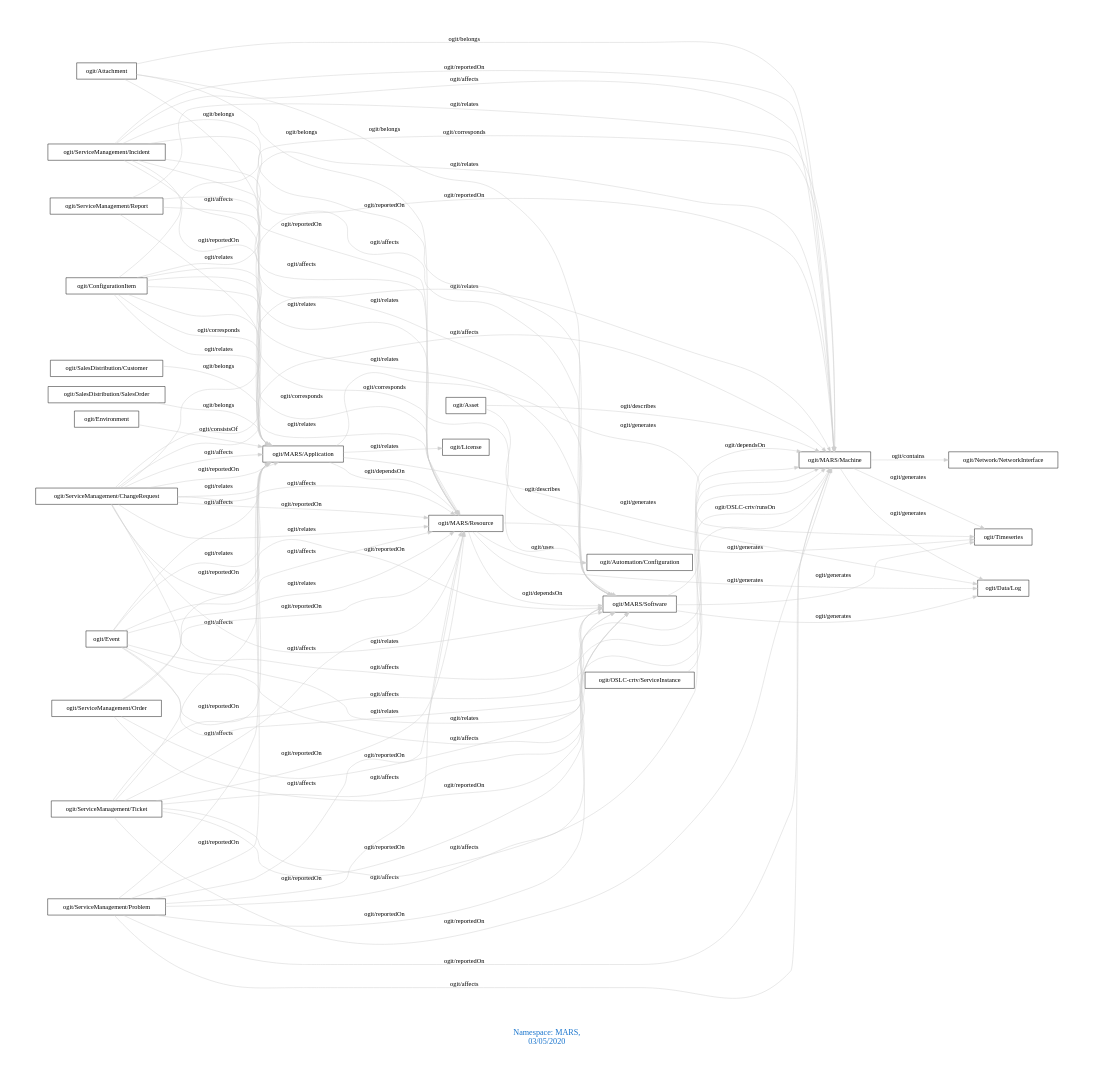
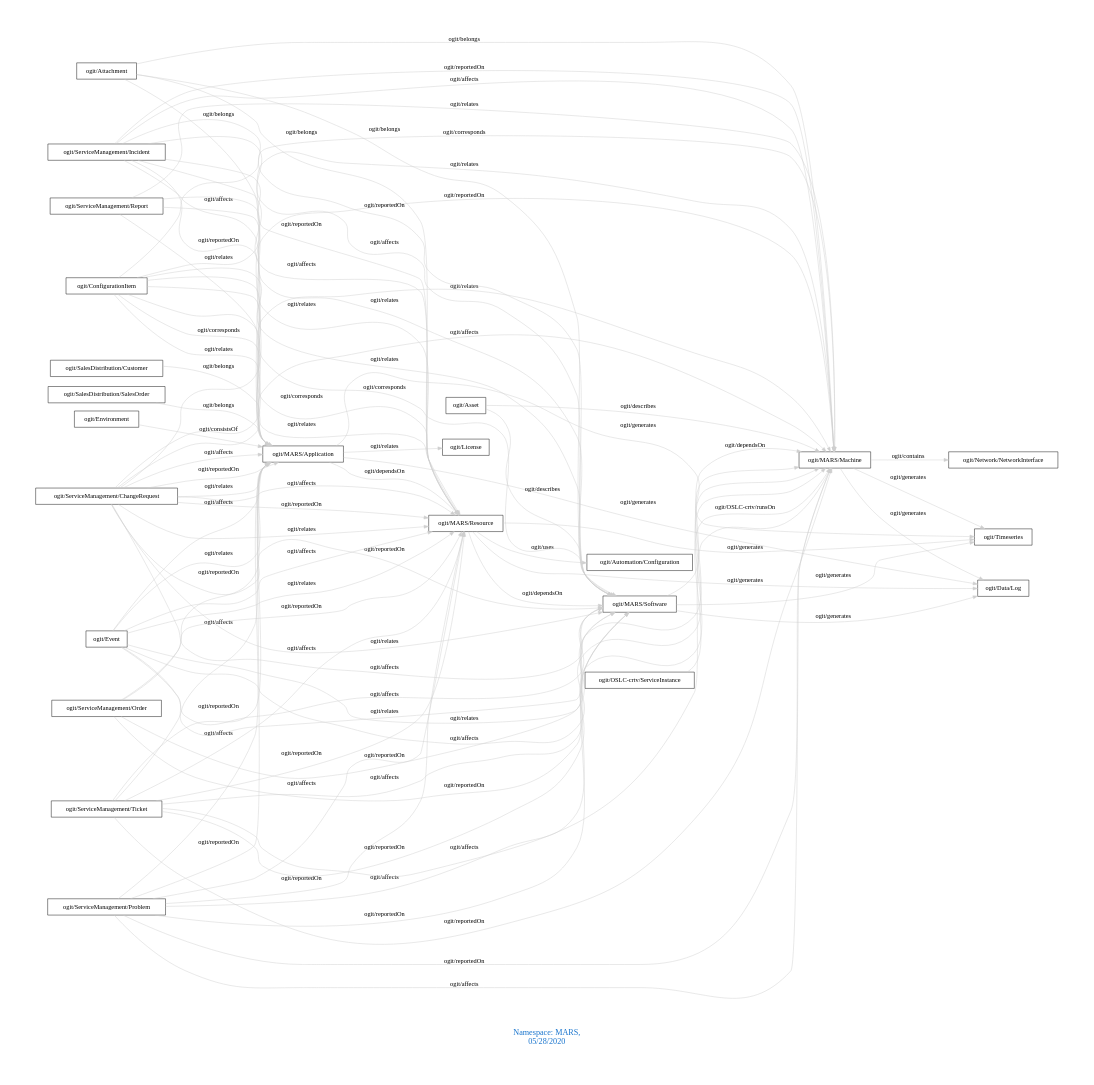
One commit to arago/OGIT changed the diagram in downloads/MARS.dot. Above: the diagram before and after it, drawn with Graphviz. The commit also changed 1715 other files, not shown here.

```diff
--- a/downloads/MARS.dot
+++ b/downloads/MARS.dot
@@ -1,92 +1,92 @@
 digraph OGIT_ontology {
  graph [ rankdir= LR,pad=1 
 fontsize = 18,
-fontcolor= dodgerblue3,label = "\n\n\nNamespace: MARS, \n 03/05/2020"];
+fontcolor= dodgerblue3,label = "\n\n\nNamespace: MARS, \n 05/28/2020"];
 node[shape=polygon];
 edge [  color="gray81"];
 
    "ogit/MARS/Machine" -> "ogit/Network/NetworkInterface" [label="   ogit/contains    "];
    "ogit/MARS/Application" -> "ogit/Data/Log" [label="   ogit/generates    "];
    "ogit/MARS/Application" -> "ogit/Timeseries" [label="   ogit/generates    "];
    "ogit/MARS/Machine" -> "ogit/Data/Log" [label="   ogit/generates    "];
    "ogit/MARS/Machine" -> "ogit/Timeseries" [label="   ogit/generates    "];
    "ogit/MARS/Resource" -> "ogit/Data/Log" [label="   ogit/generates    "];
    "ogit/MARS/Resource" -> "ogit/Timeseries" [label="   ogit/generates    "];
    "ogit/MARS/Software" -> "ogit/Data/Log" [label="   ogit/generates    "];
    "ogit/MARS/Software" -> "ogit/Timeseries" [label="   ogit/generates    "];
    "ogit/Asset" -> "ogit/MARS/Software" [label="   ogit/describes    "];
    "ogit/Asset" -> "ogit/MARS/Machine" [label="   ogit/describes    "];
    "ogit/ConfigurationItem" -> "ogit/MARS/Application" [label="   ogit/corresponds    "];
    "ogit/ConfigurationItem" -> "ogit/MARS/Resource" [label="   ogit/corresponds    "];
    "ogit/ConfigurationItem" -> "ogit/MARS/Software" [label="   ogit/corresponds    "];
    "ogit/ConfigurationItem" -> "ogit/MARS/Machine" [label="   ogit/corresponds    "];
    "ogit/ServiceManagement/ChangeRequest" -> "ogit/MARS/Application" [label="   ogit/affects    "];
    "ogit/ServiceManagement/ChangeRequest" -> "ogit/MARS/Resource" [label="   ogit/affects    "];
    "ogit/ServiceManagement/ChangeRequest" -> "ogit/MARS/Software" [label="   ogit/affects    "];
    "ogit/ServiceManagement/ChangeRequest" -> "ogit/MARS/Machine" [label="   ogit/affects    "];
    "ogit/ServiceManagement/Incident" -> "ogit/MARS/Application" [label="   ogit/affects    "];
    "ogit/ServiceManagement/Incident" -> "ogit/MARS/Resource" [label="   ogit/affects    "];
    "ogit/ServiceManagement/Incident" -> "ogit/MARS/Software" [label="   ogit/affects    "];
    "ogit/ServiceManagement/Incident" -> "ogit/MARS/Machine" [label="   ogit/affects    "];
    "ogit/ServiceManagement/Problem" -> "ogit/MARS/Application" [label="   ogit/affects    "];
    "ogit/ServiceManagement/Problem" -> "ogit/MARS/Resource" [label="   ogit/affects    "];
    "ogit/ServiceManagement/Problem" -> "ogit/MARS/Software" [label="   ogit/affects    "];
    "ogit/ServiceManagement/Problem" -> "ogit/MARS/Machine" [label="   ogit/affects    "];
    "ogit/ServiceManagement/Ticket" -> "ogit/MARS/Application" [label="   ogit/affects    "];
    "ogit/ServiceManagement/Ticket" -> "ogit/MARS/Resource" [label="   ogit/affects    "];
    "ogit/ServiceManagement/Ticket" -> "ogit/MARS/Software" [label="   ogit/affects    "];
    "ogit/ServiceManagement/Ticket" -> "ogit/MARS/Machine" [label="   ogit/affects    "];
    "ogit/Event" -> "ogit/MARS/Application" [label="   ogit/affects    "];
    "ogit/Event" -> "ogit/MARS/Resource" [label="   ogit/affects    "];
    "ogit/Event" -> "ogit/MARS/Software" [label="   ogit/affects    "];
    "ogit/Event" -> "ogit/MARS/Machine" [label="   ogit/affects    "];
    "ogit/OSLC-crtv/ServiceInstance" -> "ogit/MARS/Machine" [label="   ogit/OSLC-crtv/runsOn    "];
    "ogit/MARS/Application" -> "ogit/MARS/Resource" [label="   ogit/dependsOn    "];
    "ogit/MARS/Resource" -> "ogit/MARS/Software" [label="   ogit/dependsOn    "];
    "ogit/MARS/Software" -> "ogit/MARS/Machine" [label="   ogit/dependsOn    "];
    "ogit/SalesDistribution/Customer" -> "ogit/MARS/Application" [label="   ogit/belongs    "];
    "ogit/SalesDistribution/SalesOrder" -> "ogit/MARS/Application" [label="   ogit/belongs    "];
    "ogit/Attachment" -> "ogit/MARS/Machine" [label="   ogit/belongs    "];
    "ogit/Attachment" -> "ogit/MARS/Software" [label="   ogit/belongs    "];
    "ogit/Attachment" -> "ogit/MARS/Resource" [label="   ogit/belongs    "];
    "ogit/Attachment" -> "ogit/MARS/Application" [label="   ogit/belongs    "];
    "ogit/MARS/Resource" -> "ogit/Automation/Configuration" [label="   ogit/uses    "];
    "ogit/ServiceManagement/ChangeRequest" -> "ogit/MARS/Machine" [label="   ogit/reportedOn    "];
    "ogit/ServiceManagement/ChangeRequest" -> "ogit/MARS/Software" [label="   ogit/reportedOn    "];
    "ogit/ServiceManagement/ChangeRequest" -> "ogit/MARS/Resource" [label="   ogit/reportedOn    "];
    "ogit/ServiceManagement/ChangeRequest" -> "ogit/MARS/Application" [label="   ogit/reportedOn    "];
    "ogit/ServiceManagement/Incident" -> "ogit/MARS/Machine" [label="   ogit/reportedOn    "];
    "ogit/ServiceManagement/Incident" -> "ogit/MARS/Software" [label="   ogit/reportedOn    "];
    "ogit/ServiceManagement/Incident" -> "ogit/MARS/Resource" [label="   ogit/reportedOn    "];
    "ogit/ServiceManagement/Incident" -> "ogit/MARS/Application" [label="   ogit/reportedOn    "];
    "ogit/ServiceManagement/Order" -> "ogit/MARS/Machine" [label="   ogit/reportedOn    "];
    "ogit/ServiceManagement/Order" -> "ogit/MARS/Software" [label="   ogit/reportedOn    "];
    "ogit/ServiceManagement/Order" -> "ogit/MARS/Resource" [label="   ogit/reportedOn    "];
    "ogit/ServiceManagement/Order" -> "ogit/MARS/Application" [label="   ogit/reportedOn    "];
    "ogit/ServiceManagement/Problem" -> "ogit/MARS/Machine" [label="   ogit/reportedOn    "];
    "ogit/ServiceManagement/Problem" -> "ogit/MARS/Software" [label="   ogit/reportedOn    "];
    "ogit/ServiceManagement/Problem" -> "ogit/MARS/Resource" [label="   ogit/reportedOn    "];
    "ogit/ServiceManagement/Problem" -> "ogit/MARS/Application" [label="   ogit/reportedOn    "];
    "ogit/ServiceManagement/Ticket" -> "ogit/MARS/Machine" [label="   ogit/reportedOn    "];
    "ogit/ServiceManagement/Ticket" -> "ogit/MARS/Software" [label="   ogit/reportedOn    "];
    "ogit/ServiceManagement/Ticket" -> "ogit/MARS/Resource" [label="   ogit/reportedOn    "];
    "ogit/ServiceManagement/Ticket" -> "ogit/MARS/Application" [label="   ogit/reportedOn    "];
    "ogit/Environment" -> "ogit/MARS/Application" [label="   ogit/consistsOf    "];
    "ogit/MARS/Application" -> "ogit/License" [label="   ogit/relates    "];
    "ogit/ServiceManagement/ChangeRequest" -> "ogit/MARS/Machine" [label="   ogit/relates    "];
    "ogit/ServiceManagement/ChangeRequest" -> "ogit/MARS/Software" [label="   ogit/relates    "];
    "ogit/ServiceManagement/ChangeRequest" -> "ogit/MARS/Resource" [label="   ogit/relates    "];
    "ogit/ServiceManagement/ChangeRequest" -> "ogit/MARS/Application" [label="   ogit/relates    "];
    "ogit/ServiceManagement/Report" -> "ogit/MARS/Machine" [label="   ogit/relates    "];
    "ogit/ServiceManagement/Report" -> "ogit/MARS/Software" [label="   ogit/relates    "];
    "ogit/ServiceManagement/Report" -> "ogit/MARS/Resource" [label="   ogit/relates    "];
    "ogit/ServiceManagement/Report" -> "ogit/MARS/Application" [label="   ogit/relates    "];
    "ogit/ConfigurationItem" -> "ogit/MARS/Machine" [label="   ogit/relates    "];
    "ogit/ConfigurationItem" -> "ogit/MARS/Software" [label="   ogit/relates    "];
    "ogit/ConfigurationItem" -> "ogit/MARS/Resource" [label="   ogit/relates    "];
    "ogit/ConfigurationItem" -> "ogit/MARS/Application" [label="   ogit/relates    "];
    "ogit/Event" -> "ogit/MARS/Machine" [label="   ogit/relates    "];
    "ogit/Event" -> "ogit/MARS/Software" [label="   ogit/relates    "];
    "ogit/Event" -> "ogit/MARS/Resource" [label="   ogit/relates    "];
    "ogit/Event" -> "ogit/MARS/Application" [label="   ogit/relates    "];
 }
```
